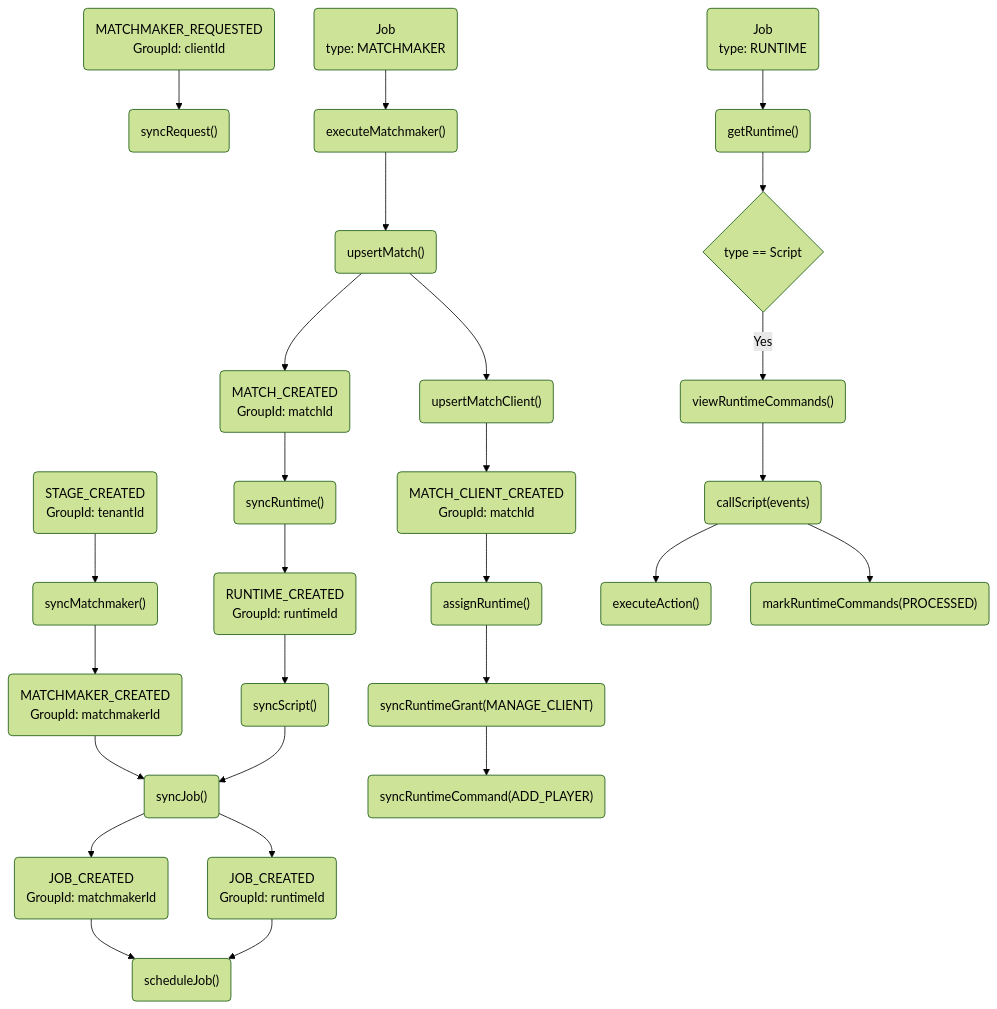
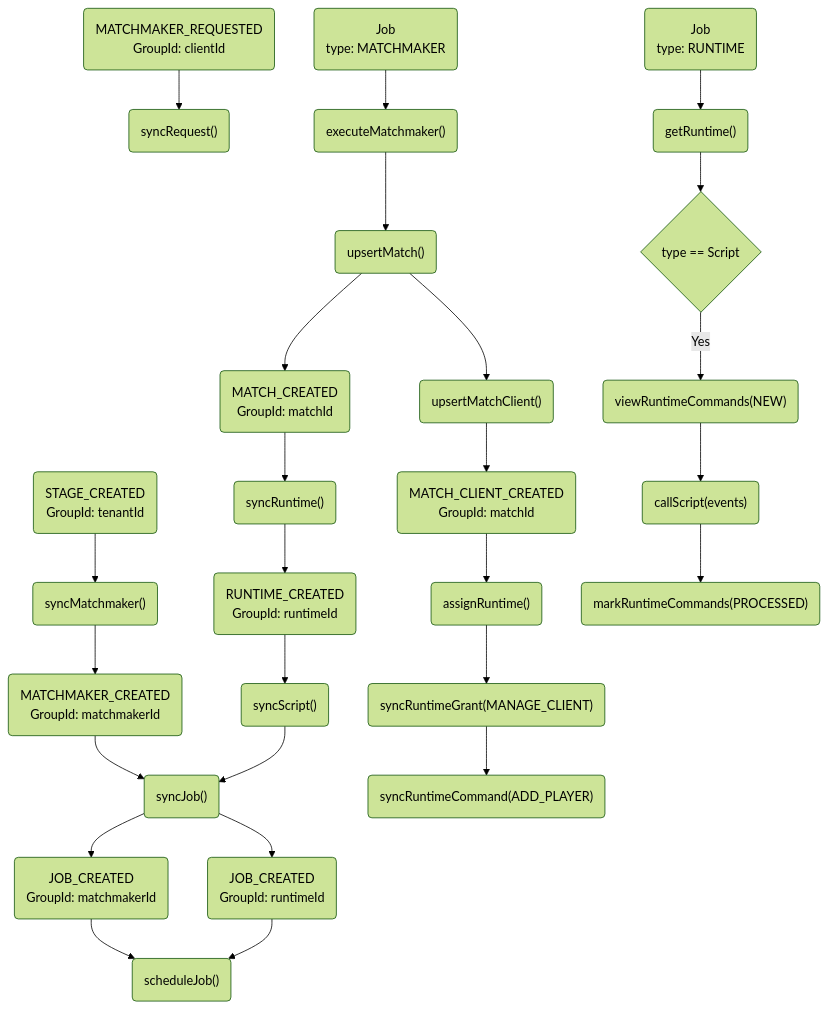
One commit to OMGSERVERS/omgservers changed the diagram in omgservers-documentation/MatchmakingEventGraph.md. Above: the diagram before and after it, drawn with Mermaid (forest theme). The commit also changed 29 other files, not shown here.

````diff
--- a/omgservers-documentation/MatchmakingEventGraph.md
+++ b/omgservers-documentation/MatchmakingEventGraph.md
@@ -3,36 +3,35 @@
 ```mermaid
 graph TD;
 
 StageCreated(STAGE_CREATED<br/>GroupId: tenantId) --> syncMatchmaker("syncMatchmaker()")
 syncMatchmaker("syncMatchmaker()") --> MatchmakerCreated(MATCHMAKER_CREATED<br/>GroupId: matchmakerId)
 MatchmakerCreated(MATCHMAKER_CREATED<br/>GroupId: matchmakerId) --> syncJob("syncJob()")
 syncJob("syncJob()") --> JobMatchmakerCreated(JOB_CREATED<br/>GroupId: matchmakerId)
 JobMatchmakerCreated(JOB_CREATED<br/>GroupId: matchmakerId) --> scheduleJob("scheduleJob()")
 
 MatchmakerRequested(MATCHMAKER_REQUESTED<br/>GroupId: clientId) --> syncRequest("syncRequest()")
 
 MatchmakerJob(Job<br/>type: MATCHMAKER) --> executeMatchmaker("executeMatchmaker()")
 executeMatchmaker("executeMatchmaker()") --> upsertMatch("upsertMatch()")
 
 upsertMatch("upsertMatch()") --> MatchCreated(MATCH_CREATED<br/>GroupId: matchId)
 MatchCreated(MATCH_CREATED<br/>GroupId: matchId) --> syncRuntime("syncRuntime()")
 syncRuntime("syncRuntime()") --> RuntimeCreated(RUNTIME_CREATED<br/>GroupId: runtimeId)
 RuntimeCreated(RUNTIME_CREATED<br/>GroupId: runtimeId) --> syncScript("syncScript()")
 syncJob("syncJob()") --> JobRuntimeCreated(JOB_CREATED<br/>GroupId: runtimeId)
 JobRuntimeCreated(JOB_CREATED<br/>GroupId: runtimeId) --> scheduleJob("scheduleJob()")
 syncScript("syncScript()") --> syncJob("syncJob()")
 
-upsertMatch("upsertMatch()") --> upsertMatchClient("upsertMatchClient()") 
+upsertMatch("upsertMatch()") --> upsertMatchClient("upsertMatchClient()")
 upsertMatchClient("upsertMatchClient()") --> MatchClientCreated(MATCH_CLIENT_CREATED<br/>GroupId: matchId)
 MatchClientCreated(MATCH_CLIENT_CREATED<br/>GroupId: matchId) --> assignRuntime("assignRuntime()")
 assignRuntime("assignRuntime()") --> syncRuntimeGrant("syncRuntimeGrant(MANAGE_CLIENT)")
 syncRuntimeGrant("syncRuntimeGrant(MANAGE_CLIENT)") --> syncRuntimeCommand("syncRuntimeCommand(ADD_PLAYER)")
 
 RuntimeJob(Job<br/>type: RUNTIME) --> getRuntime("getRuntime()")
 getRuntime("getRuntime()") --> checkRuntimeType{"type == Script"}
-checkRuntimeType{"type == Script"} -- Yes --> viewRuntimeCommands("viewRuntimeCommands()")
-viewRuntimeCommands("viewRuntimeCommands()") --> callScript("callScript(events)")
-callScript("callScript(events)") --> executeAction("executeAction()")
+checkRuntimeType{"type == Script"} -- Yes --> viewRuntimeCommands("viewRuntimeCommands(NEW)")
+viewRuntimeCommands("viewRuntimeCommands(NEW)") --> callScript("callScript(events)")
 callScript("callScript(events)") --> markRuntimeCommands("markRuntimeCommands(PROCESSED)")
 
 ```
````
